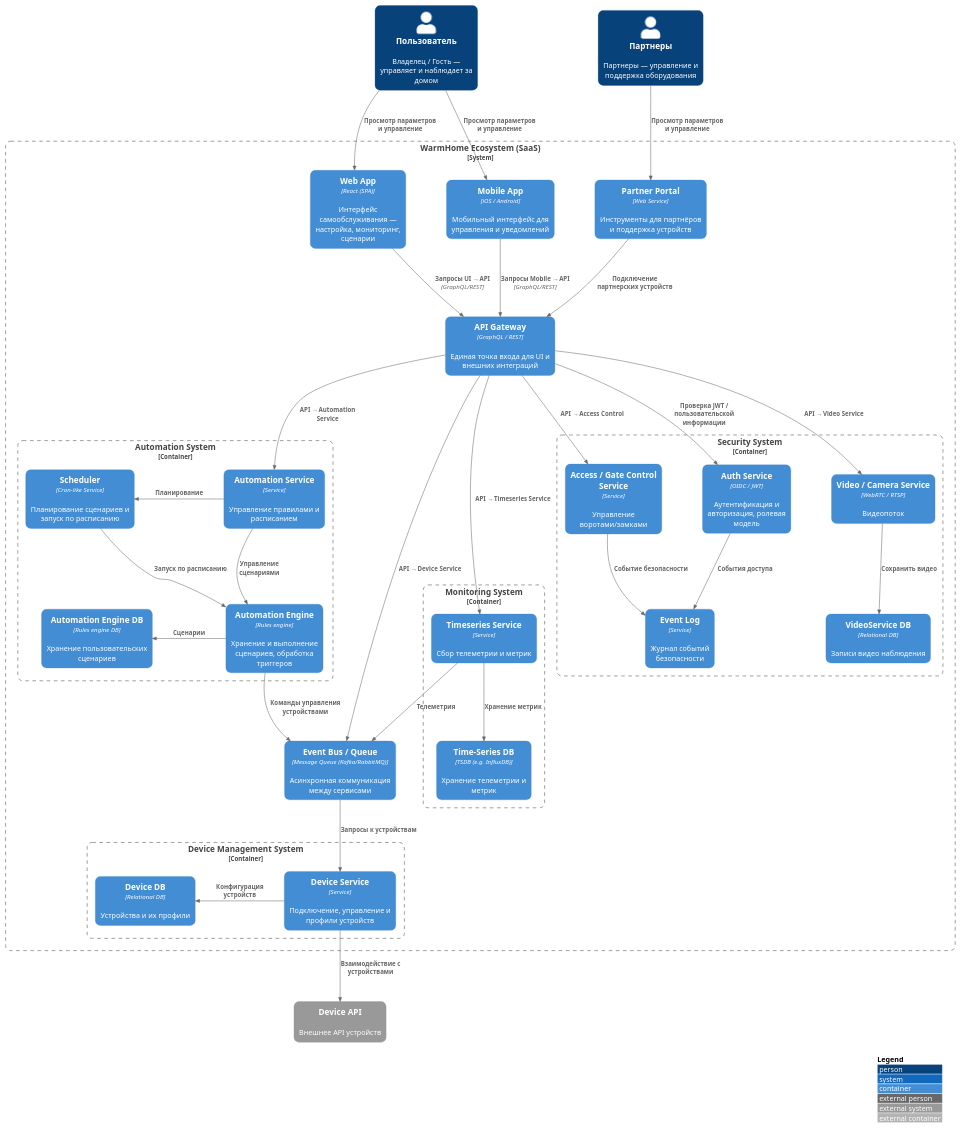
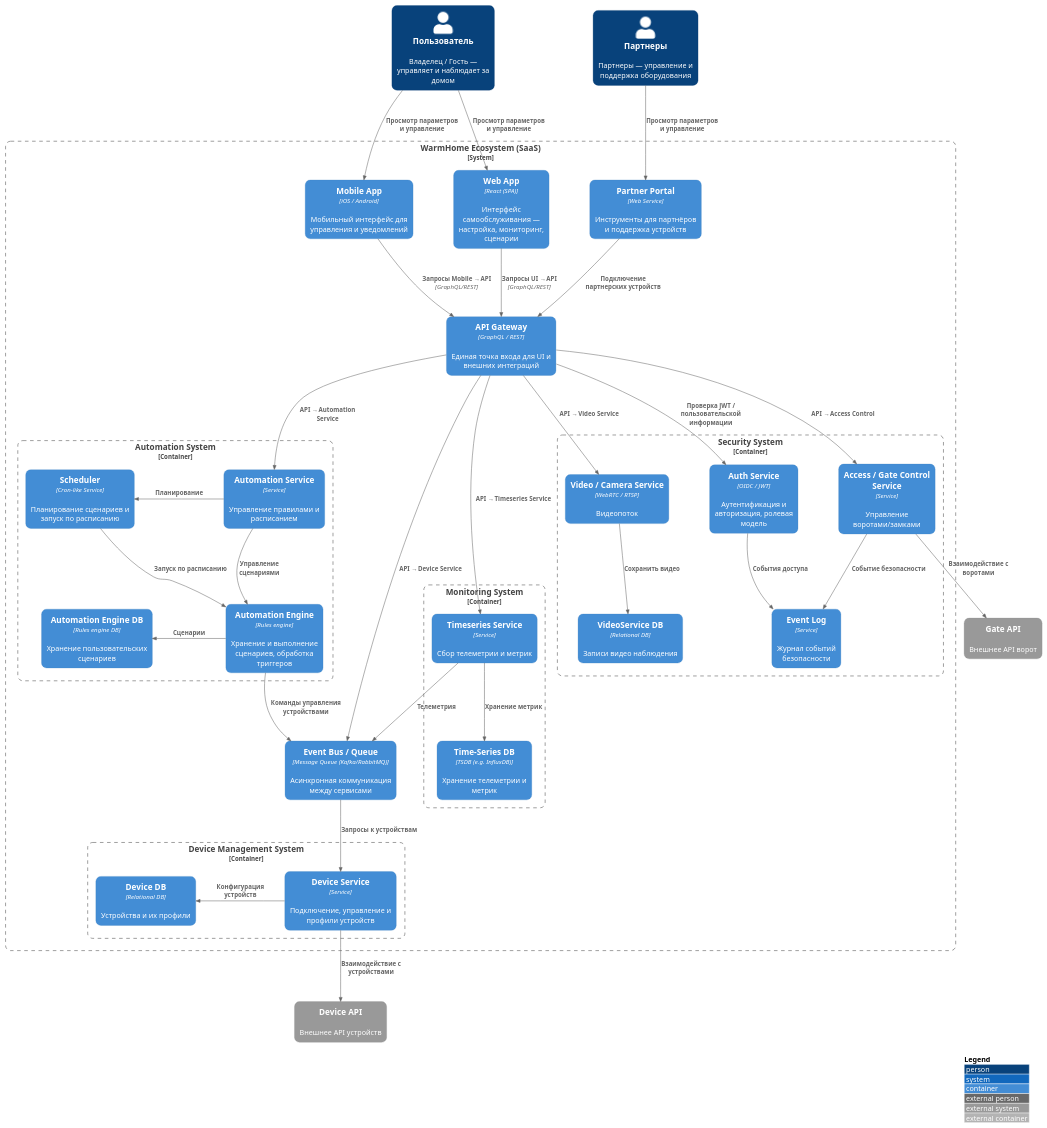
The diagram in diagrams/container/WarmHome_Containers.puml (ai-rogachev/architecture-warmhouse), drawn with PlantUML before and after one commit.

Commit message:
fix container diagram

```diff
--- a/diagrams/container/WarmHome_Containers.puml
+++ b/diagrams/container/WarmHome_Containers.puml
@@ -1,99 +1,101 @@
 @startuml WarmHome_Containers
 
 !includeurl https://raw.githubusercontent.com/RicardoNiepel/C4-PlantUML/master/C4_Container.puml
 
 top to bottom direction
 
 ' Layout improvements
 skinparam componentStyle rectangle
 skinparam roundcorner 20
 skinparam nodesep 80
 skinparam ranksep 100
 
 
 LAYOUT_WITH_LEGEND()
 
 Person(user, "Пользователь", "Владелец / Гость — управляет и наблюдает за домом")
 Person(partners, "Партнеры", "Партнеры — управление и поддержка оборудования")
 
 System_Boundary(s1,"WarmHome Ecosystem (SaaS)") {
 
   ' =================== UI Containers ===================
   Container(web_app, "Web App", "React (SPA)", "Интерфейс самообслуживания — настройка, мониторинг, сценарии")
   Container(mobile_app, "Mobile App", "iOS / Android", "Мобильный интерфейс для управления и уведомлений")
 
   ' =================== Monitoring Domain ===================
   Container_Boundary(monitoring, "Monitoring System") {
       Container(timeseries, "Timeseries Service", "Service", "Сбор телеметрии и метрик")
       Container(timeseries_db, "Time-Series DB", "TSDB (e.g. InfluxDB)", "Хранение телеметрии и метрик")
   }
 
   ' =================== Device Management Domain ===================
   Container_Boundary(devices, "Device Management System") {
       Container(device, "Device Service", "Service", "Подключение, управление и профили устройств")
       Container(device_db, "Device DB", "Relational DB", "Устройства и их профили")
   }
 
   ' =================== Automation Domain ===================
   Container_Boundary(automations, "Automation System") {
       Container(automation, "Automation Service", "Service", "Управление правилами и расписанием")
       Container(automation_engine, "Automation Engine", "Rules engine", "Хранение и выполнение сценариев, обработка триггеров")
       Container(automation_engine_db, "Automation Engine DB", "Rules engine DB", "Хранение пользовательских сценариев")
       Container(scheduler, "Scheduler", "Cron-like Service", "Планирование сценариев и запуск по расписанию")
   }
 
   ' =================== Security Domain ===================
   Container_Boundary(security, "Security System") {
+      Container(video_service, "Video / Camera Service", "WebRTC / RTSP", "Видеопоток")
+      Container(video_service_db, "VideoService DB", "Relational DB", "Записи видео наблюдения")
       Container(access_control, "Access / Gate Control Service", "Service", "Управление воротами/замками")
       Container(event_log_db, "Event Log", "Service", "Журнал событий безопасности")
       Container(auth_svc, "Auth Service", "OIDC / JWT", "Аутентификация и авторизация, ролевая модель")
-      Container(video_service, "Video / Camera Service", "WebRTC / RTSP", "Видеопоток")
-      Container(video_service_db, "VideoService DB", "Relational DB", "Записи видео наблюдения")
   }
 
   ' =================== Service Containers ===================
   Container(api_gateway, "API Gateway", "GraphQL / REST", "Единая точка входа для UI и внешних интеграций")
   Container(partner_portal, "Partner Portal", "Web Service", "Инструменты для партнёров и поддержка устройств")
   Container(event_bus, "Event Bus / Queue", "Message Queue (Kafka/RabbitMQ)", "Асинхронная коммуникация между сервисами")
 }
 System_Ext(device_api, "Device API", "Внешнее API устройств")
+System_Ext(gate_api, "Gate API", "Внешнее API ворот")
 
 ' =================== Внешние связи ===================
 Rel(user, web_app, "Просмотр параметров и управление")
 Rel(user, mobile_app, "Просмотр параметров и управление")
 Rel(partners, partner_portal, "Просмотр параметров и управление")
 
 Rel(web_app, api_gateway, "Запросы UI → API", "GraphQL/REST")
 Rel(mobile_app, api_gateway, "Запросы Mobile → API", "GraphQL/REST")
 
 Rel_D(api_gateway, auth_svc, "Проверка JWT / пользовательской информации")
 Rel_D(api_gateway, access_control, "API → Access Control")
 Rel(api_gateway, automation, "API → Automation Service")
 Rel_D(api_gateway, video_service, "API → Video Service")
 Rel_D(api_gateway, timeseries, "API → Timeseries Service")
 
 Rel(partner_portal, api_gateway, "Подключение партнерских устройств")
 
 ' =================== Event Bus Communications ===================
 Rel(api_gateway, event_bus, "API → Device Service")
 Rel(automation_engine, event_bus, "Команды управления устройствами")
 Rel(event_bus, device, "Запросы к устройствам")
 Rel(timeseries, event_bus, "Телеметрия")
 
 ' =================== Database Connections ===================
 Rel(timeseries, timeseries_db, "Хранение метрик")
 Rel_L(device, device_db, "Конфигурация устройств")
 Rel(auth_svc, event_log_db, "События доступа")
 Rel(access_control, event_log_db, "Событие безопасности")
 Rel_L(automation_engine, automation_engine_db, "Сценарии")
 Rel(video_service, video_service_db, "Сохранить видео")
 
 ' =================== External Systems ===================
 Rel(device, device_api, "Взаимодействие с устройствами")
+Rel_D(access_control, gate_api, "Взаимодействие с воротами")
 
 ' =================== Internal Domain Logic ===================
 Rel(automation, automation_engine, "Управление сценариями")
 Rel_L(automation, scheduler, "Планирование")
 Rel(scheduler, automation_engine, "Запуск по расписанию")
 
 @enduml
```
